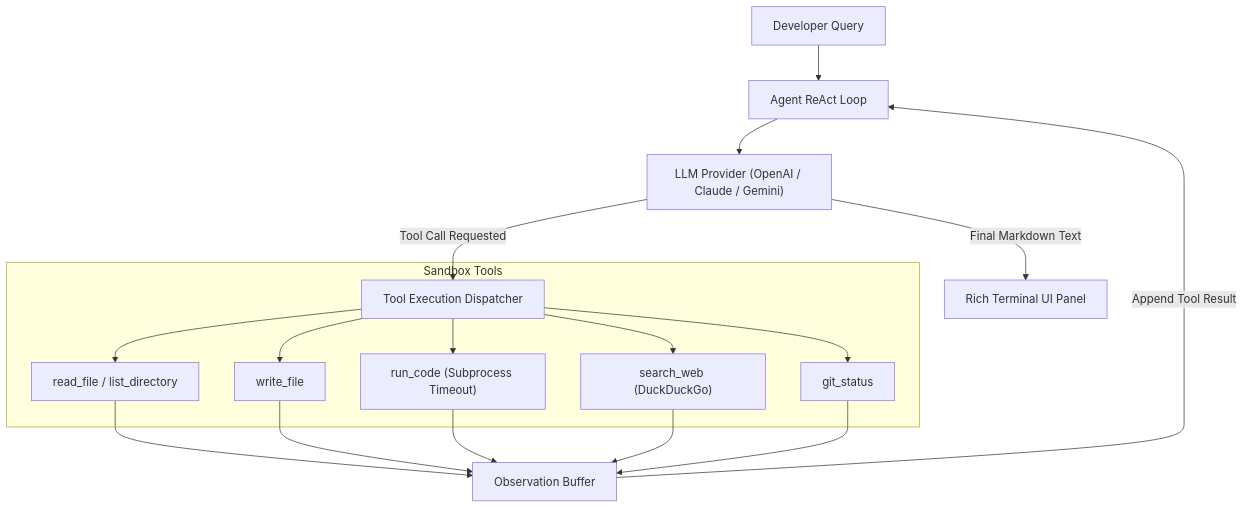
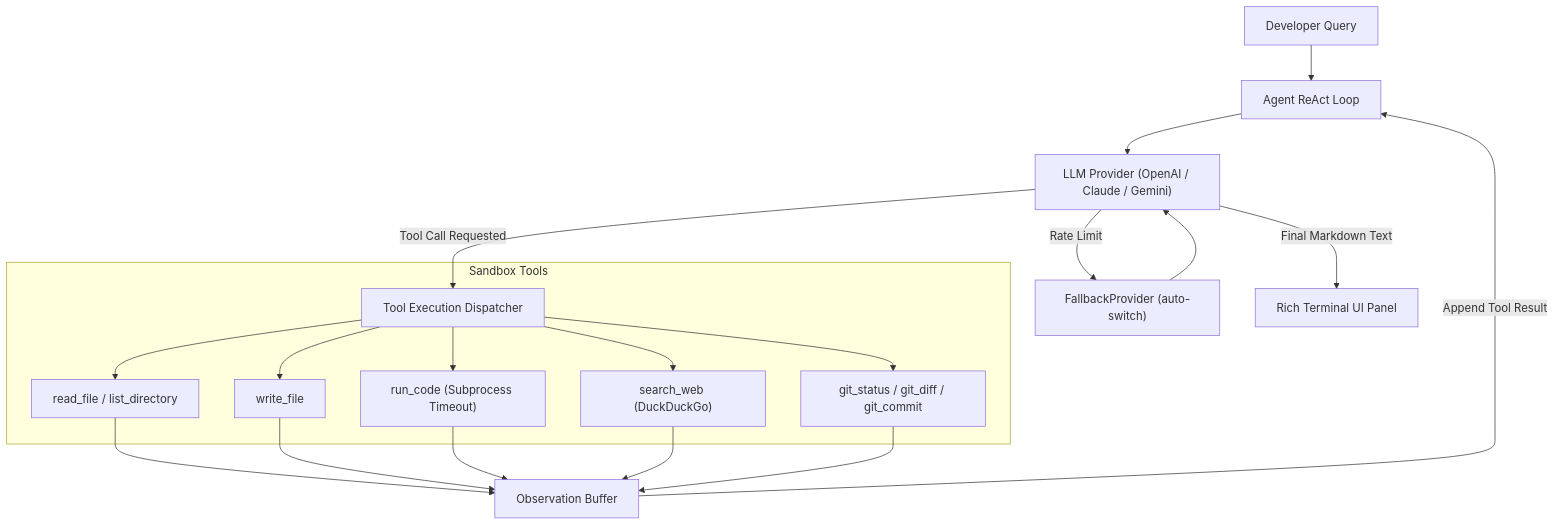
One commit to Yash1bajpai/nexus-agent changed the diagram in README.md. Above: the diagram before and after it, drawn with Mermaid. The commit also changed other lines of this file and 11 other files, not shown here.

First line of the commit message:
feat: v2.2.0 - bug fixes, auto-fallback, onboarding wizard, agent commit, ReAct trace

````diff
--- a/README.md
+++ b/README.md
@@ -90,23 +95,25 @@
 ```mermaid
 graph TD
     User["Developer Query"] --> Core["Agent ReAct Loop"]
     Core --> Provider["LLM Provider (OpenAI / Claude / Gemini)"]
     Provider -->|Tool Call Requested| Dispatcher["Tool Execution Dispatcher"]
+    Provider -->|Rate Limit| Fallback["FallbackProvider (auto-switch)"]
+    Fallback --> Provider
     
     subgraph Sandbox Tools
         Dispatcher --> RF["read_file / list_directory"]
         Dispatcher --> WF["write_file"]
         Dispatcher --> RC["run_code (Subprocess Timeout)"]
         Dispatcher --> WEB["search_web (DuckDuckGo)"]
-        Dispatcher --> GIT["git_status"]
+        Dispatcher --> GIT["git_status / git_diff / git_commit"]
     end
     
     RF --> Obs["Observation Buffer"]
     WF --> Obs
     RC --> Obs
     WEB --> Obs
     GIT --> Obs
     
     Obs -->|Append Tool Result| Core
     Provider -->|Final Markdown Text| UI["Rich Terminal UI Panel"]
 ```
````
